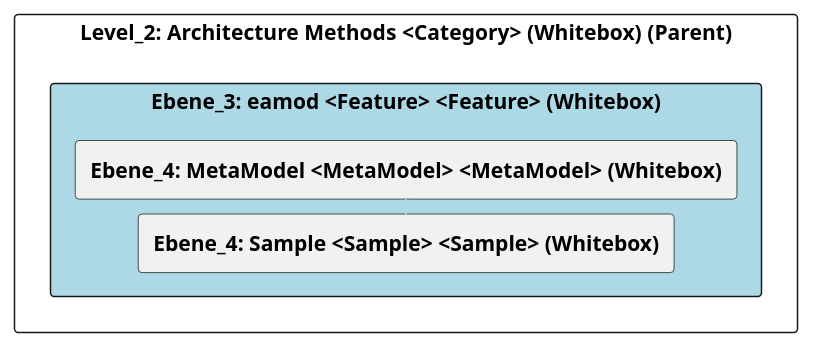
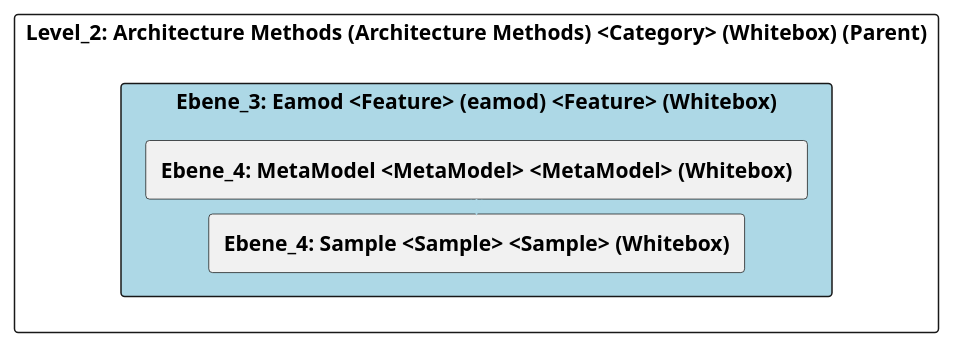
One commit to marcozwyssig/cleon changed the diagram in doc/cleonproject_deliverables_architecture_model_architecture/adoc/de/05_bausteinsicht/cleon/architecture_methods/eamod/ebene_3_eamod.adoc. Above: the diagram before and after it, drawn with PlantUML. The commit also changed other lines of this file and 166 other files, not shown here.

```diff
--- a/doc/cleonproject_deliverables_architecture_model_architecture/adoc/de/05_bausteinsicht/cleon/architecture_methods/eamod/ebene_3_eamod.adoc
+++ b/doc/cleonproject_deliverables_architecture_model_architecture/adoc/de/05_bausteinsicht/cleon/architecture_methods/eamod/ebene_3_eamod.adoc
@@ -20,28 +20,28 @@
-[plantuml, Ebene_3: eamod <Feature> <Feature> (Whitebox)BlockOverview, format="svg"]
+[plantuml, Ebene_3: Eamod <Feature> (eamod) <Feature> (Whitebox)BlockOverview, format="svg"]
 ----
-@startuml Ebene_3: eamod <Feature> <Feature> (Whitebox)BuildingBlockOverview
+@startuml Ebene_3: Eamod <Feature> (eamod) <Feature> (Whitebox)BuildingBlockOverview
 
 skinparam ranksep 10
 skinparam componentStyle rectangle
 skinparam shadowing false
 skinparam arrowColor lightblue
 skinparam arrowThickness 1.2
 skinparam rectangle {
   BackgroundColor White
   BorderColor #333
   RoundCorner 10
 }
 top to bottom direction
 
-component "Level_2: Architecture Methods <Category> (Whitebox) (Parent)" {
-    component "Ebene_3: eamod <Feature> <Feature> (Whitebox)" #lightblue {
+component "Level_2: Architecture Methods (Architecture Methods) <Category> (Whitebox) (Parent)" {
+    component "Ebene_3: Eamod <Feature> (eamod) <Feature> (Whitebox)" #lightblue {
         [**Ebene_4: MetaModel <MetaModel> <MetaModel> (Whitebox)**] as 4A56DE52_D579_11EE_903E_9F564E4DE07E
         [**Ebene_4: Sample <Sample> <Sample> (Whitebox)**] as 4A56DE4F_D579_11EE_903E_9F564E4DE07E
     }
 
     4A56DE52_D579_11EE_903E_9F564E4DE07E -down-> 4A56DE4F_D579_11EE_903E_9F564E4DE07E
     
 }
 
 @enduml
 ----
```
